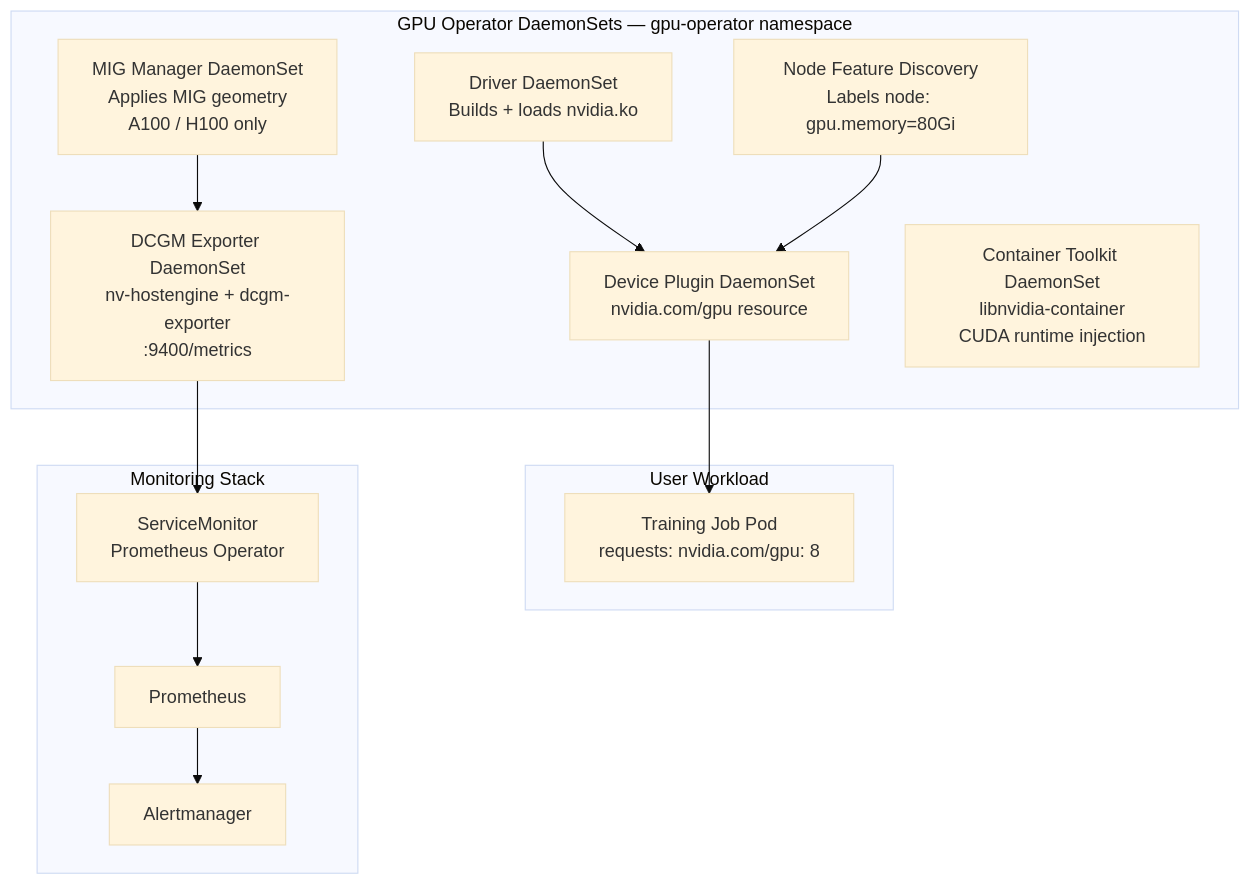
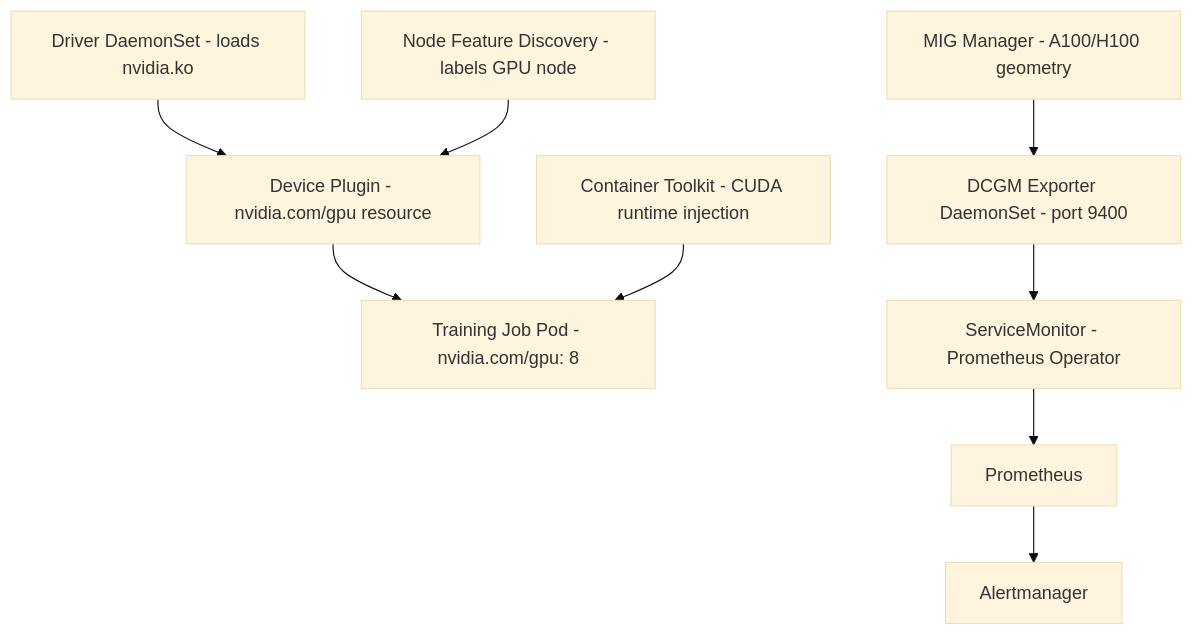
One commit to learntogether6666/learning changed the second of 2 diagrams in AI-Infra/Labs/DCGM-Lab-01.md. Above: the diagram before and after it, drawn with Mermaid (base theme). The commit also changed other lines of this file, not shown here.

Commit message:
Simplify Mermaid diagrams to bare minimum syntax for maximum compatibility
Remove subgraphs, <br/> tags, and special characters from node labels.
Plain text node labels with no HTML work in all Mermaid renderers.

````diff
--- a/AI-Infra/Labs/DCGM-Lab-01.md
+++ b/AI-Infra/Labs/DCGM-Lab-01.md
@@ -1378,29 +1373,22 @@
 ```mermaid
 flowchart TD
-    subgraph GPUOp ["GPU Operator DaemonSets — gpu-operator namespace"]
-        NFD["Node Feature Discovery<br/>Labels node: gpu.memory=80Gi"]
-        DRIVER["Driver DaemonSet<br/>Builds + loads nvidia.ko"]
-        DP["Device Plugin DaemonSet<br/>nvidia.com/gpu resource"]
-        DCGMEXP["DCGM Exporter DaemonSet<br/>nv-hostengine + dcgm-exporter<br/>:9400/metrics"]
-        MIG["MIG Manager DaemonSet<br/>Applies MIG geometry<br/>A100 / H100 only"]
-        TOOLKIT["Container Toolkit DaemonSet<br/>libnvidia-container<br/>CUDA runtime injection"]
-    end
-
-    subgraph Workload ["User Workload"]
-        JOB["Training Job Pod<br/>requests: nvidia.com/gpu: 8"]
-    end
-
-    subgraph Monitoring ["Monitoring Stack"]
-        SM["ServiceMonitor<br/>Prometheus Operator"]
-        PROM["Prometheus"]
-        ALERT["Alertmanager"]
-    end
+    NFD[Node Feature Discovery - labels GPU node]
+    DRIVER[Driver DaemonSet - loads nvidia.ko]
+    DP[Device Plugin - nvidia.com/gpu resource]
+    DCGMEXP[DCGM Exporter DaemonSet - port 9400]
+    MIG[MIG Manager - A100/H100 geometry]
+    TOOLKIT[Container Toolkit - CUDA runtime injection]
+    JOB[Training Job Pod - nvidia.com/gpu: 8]
+    SM[ServiceMonitor - Prometheus Operator]
+    PROM[Prometheus]
+    ALERT[Alertmanager]
 
     DRIVER --> DP
     NFD --> DP
     DP --> JOB
     MIG --> DCGMEXP
+    TOOLKIT --> JOB
     DCGMEXP --> SM
     SM --> PROM
     PROM --> ALERT
 ```
````
